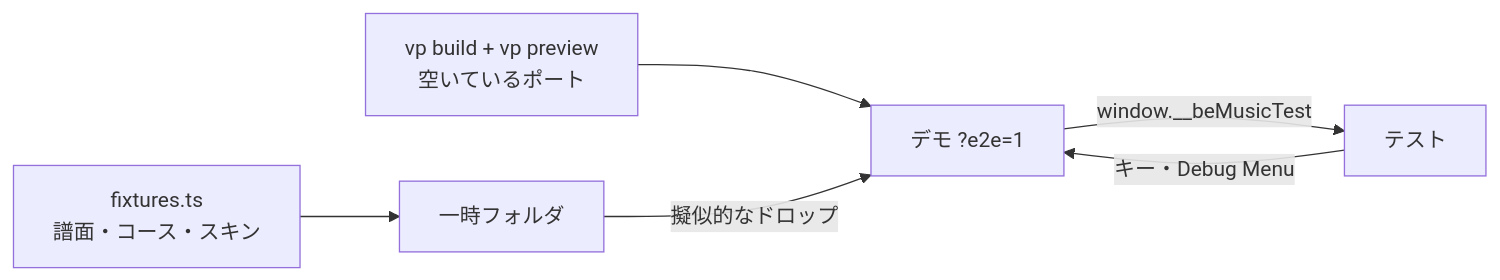
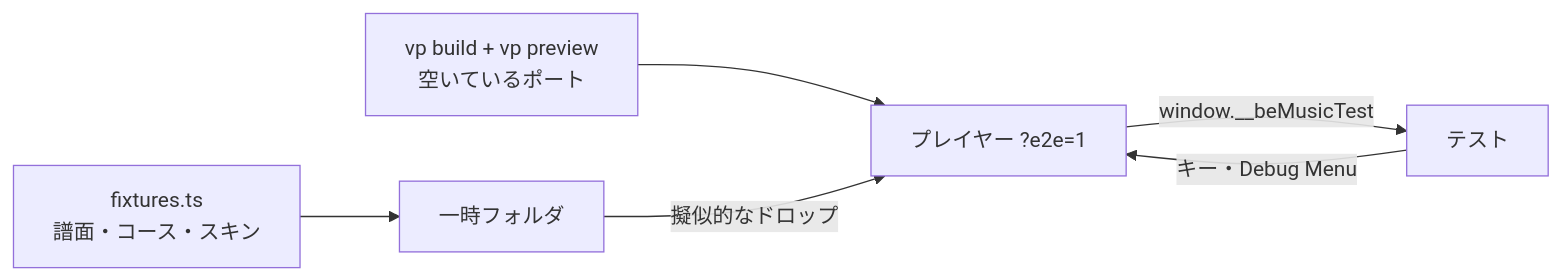
The diagram in docs/course-checklist.ja.md (nulltask/be-music), drawn with Mermaid before and after one commit. The commit also changed other lines of this file and 153 other files, not shown here.

````diff
--- a/docs/course-checklist.ja.md
+++ b/docs/course-checklist.ja.md
@@ -11,8 +11,8 @@
 ```mermaid
 flowchart LR
   fixtures["fixtures.ts<br/>譜面・コース・スキン"] --> tmp["一時フォルダ"]
-  build["vp build + vp preview<br/>空いているポート"] --> page["デモ ?e2e=1"]
+  build["vp build + vp preview<br/>空いているポート"] --> page["プレイヤー ?e2e=1"]
   tmp -->|擬似的なドロップ| page
   specs["テスト"] -->|キー・Debug Menu| page
   page -->|"window.__beMusicTest"| specs
 ```
````
